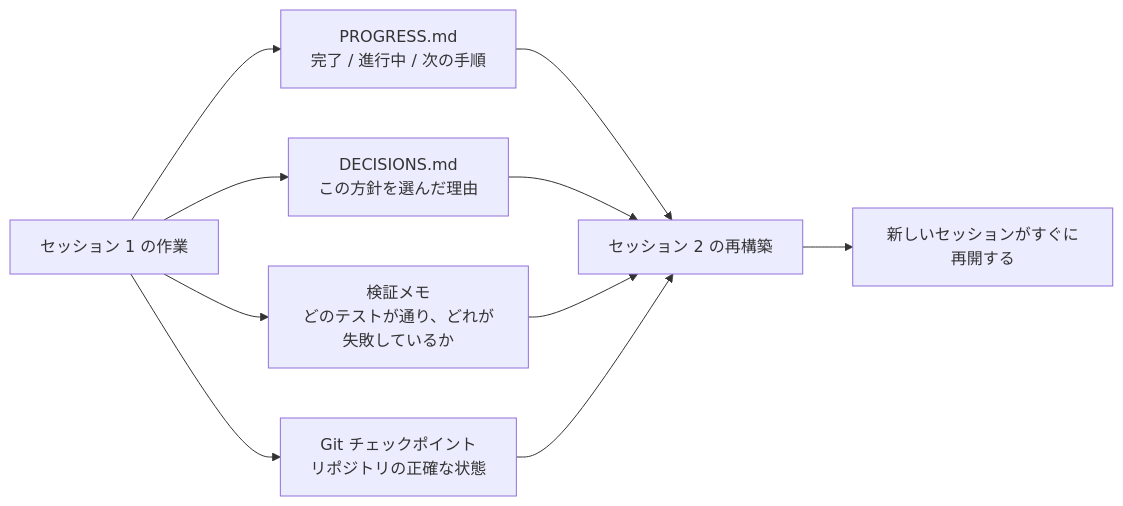
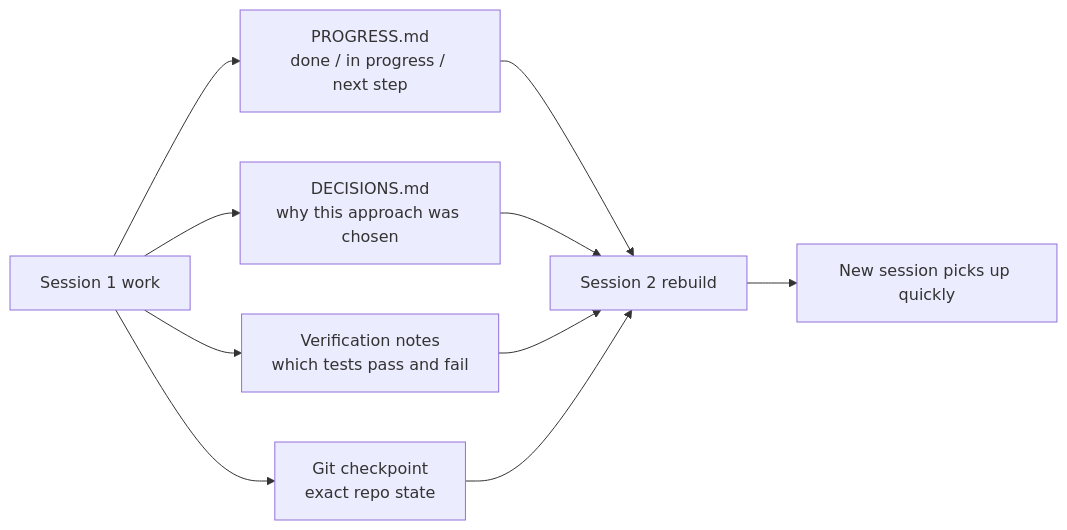
One commit to mkusaka/learn-harness-engineering changed the second of 2 diagrams in docs/en/lectures/lecture-05-why-long-running-tasks-lose-continuity/index.md. Above: the diagram before and after it, drawn with Mermaid. The commit also changed other lines of this file and 684 other files, not shown here.

````diff
--- a/docs/en/lectures/lecture-05-why-long-running-tasks-lose-continuity/index.md
+++ b/docs/en/lectures/lecture-05-why-long-running-tasks-lose-continuity/index.md
@@ -36,14 +36,14 @@
 ```mermaid
 flowchart LR
-    Work["セッション 1 の作業"] --> Progress["PROGRESS.md<br/>完了 / 進行中 / 次の手順"]
-    Work --> Decisions["DECISIONS.md<br/>この方針を選んだ理由"]
-    Work --> Verify["検証メモ<br/>どのテストが通り、どれが失敗しているか"]
-    Work --> Commit["Git チェックポイント<br/>リポジトリの正確な状態"]
+    Work["Session 1 work"] --> Progress["PROGRESS.md<br/>done / in progress / next step"]
+    Work --> Decisions["DECISIONS.md<br/>why this approach was chosen"]
+    Work --> Verify["Verification notes<br/>which tests pass and fail"]
+    Work --> Commit["Git checkpoint<br/>exact repo state"]
 
-    Progress --> Rebuild["セッション 2 の再構築"]
+    Progress --> Rebuild["Session 2 rebuild"]
     Decisions --> Rebuild
     Verify --> Rebuild
     Commit --> Rebuild
 
-    Rebuild --> Resume["新しいセッションがすぐに再開する"]
+    Rebuild --> Resume["New session picks up quickly"]
 ```
````
